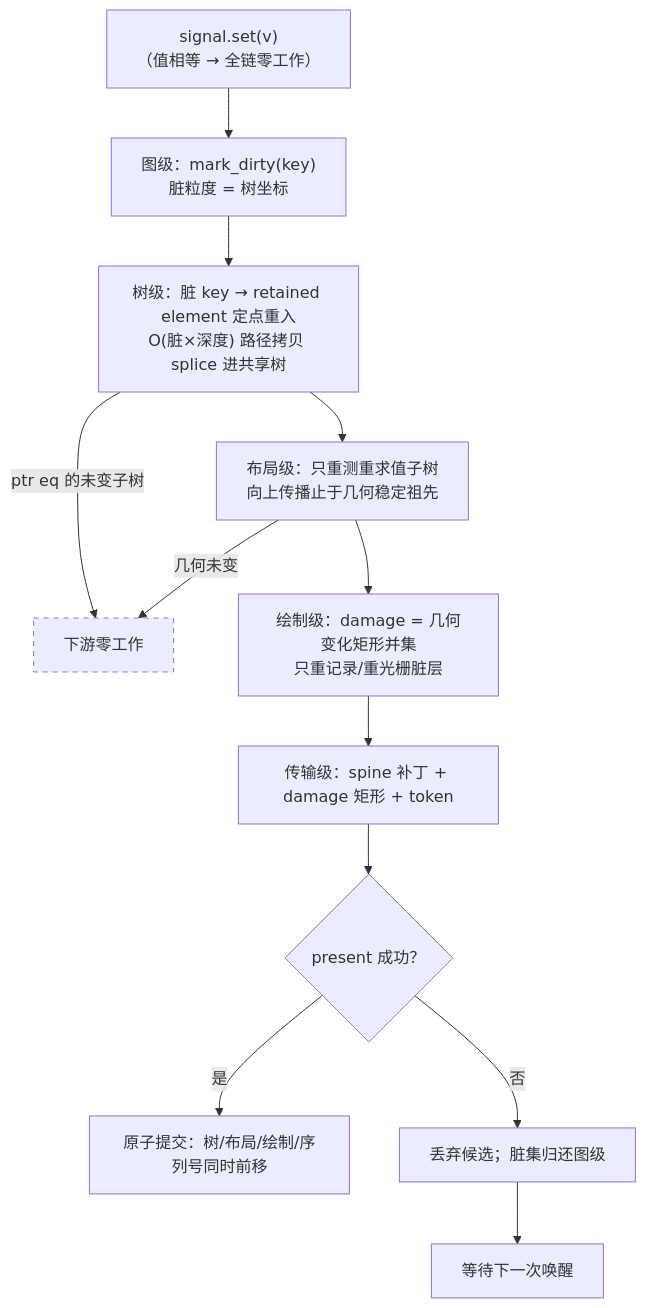
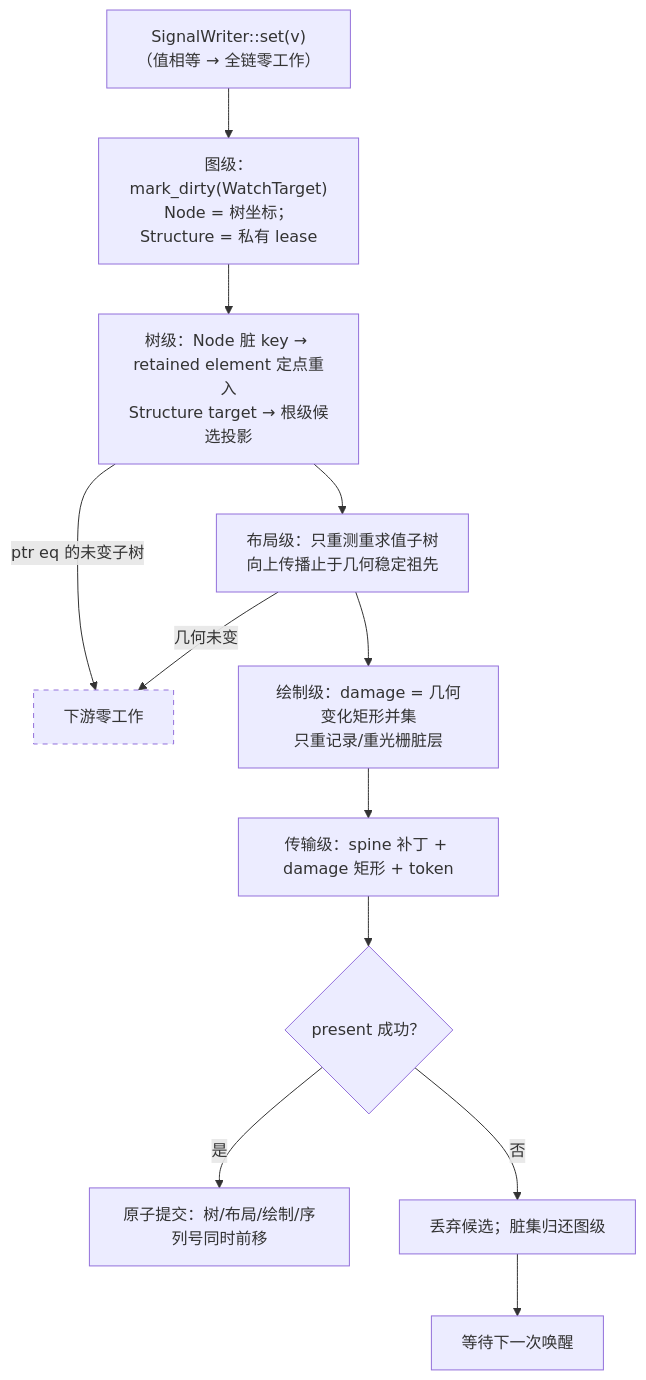
One commit to nyml2003/tela changed the diagram in docs/002-渲染管线：脏的传导与身份缓存.md. Above: the diagram before and after it, drawn with Mermaid. The commit also changed other lines of this file and 166 other files, not shown here.

````diff
--- a/docs/002-渲染管线：脏的传导与身份缓存.md
+++ b/docs/002-渲染管线：脏的传导与身份缓存.md
@@ -100,16 +106,16 @@
 ```mermaid
 flowchart TD
-    W["signal.set(v)<br/>（值相等 → 全链零工作）"] --> K["图级：mark_dirty(key)<br/>脏粒度 = 树坐标"]
-    K --> R["树级：脏 key → retained element 定点重入<br/>O(脏×深度) 路径拷贝 splice 进共享树"]
+    W["SignalWriter::set(v)<br/>（值相等 → 全链零工作）"] --> K["图级：mark_dirty(WatchTarget)<br/>Node = 树坐标；Structure = 私有 lease"]
+    K --> R["树级：Node 脏 key → retained element 定点重入<br/>Structure target → 根级候选投影"]
     R -->|"ptr eq 的未变子树"| SKIP["下游零工作"]
     R --> L["布局级：只重测重求值子树<br/>向上传播止于几何稳定祖先"]
     L -->|"几何未变"| SKIP
     L --> P["绘制级：damage = 几何变化矩形并集<br/>只重记录/重光栅脏层"]
     P --> T["传输级：spine 补丁 + damage 矩形 + token"]
     T --> OK{"present 成功？"}
     OK -->|是| C["原子提交：树/布局/绘制/序列号同时前移"]
     OK -->|否| B["丢弃候选；脏集归还图级"]
     B --> K2["等待下一次唤醒"]
 
     style SKIP stroke-dasharray: 5 5
 ```
````
